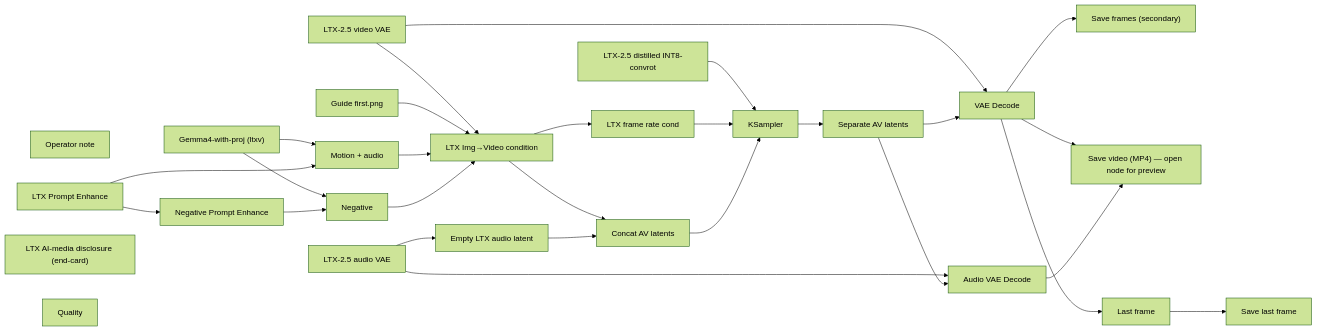
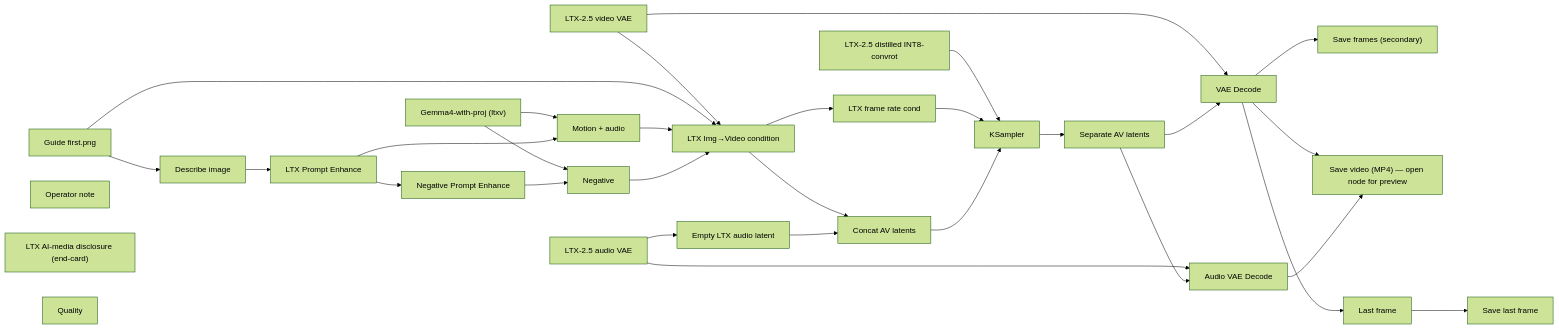
The diagram in docs/generated/workflows/dcc/canny-control-12s.md (toxicoder/ez-comfy-stack), drawn with Mermaid (forest theme) before and after one commit. The commit also changed other lines of this file and 405 other files, not shown here.

````diff
--- a/docs/generated/workflows/dcc/canny-control-12s.md
+++ b/docs/generated/workflows/dcc/canny-control-12s.md
@@ -65,53 +65,56 @@
 ```mermaid
 flowchart LR
   N1["LTX-2.5 distilled INT8-convrot"]
   N2["LTX-2.5 video VAE"]
   N3["Gemma4-with-proj (ltxv)"]
   N4["Guide first.png"]
   N5["Motion + audio"]
   N6["Negative"]
   N7["LTX Img→Video condition"]
   N8["LTX frame rate cond"]
   N9["KSampler"]
   N10["VAE Decode"]
   N12["Save frames (secondary)"]
   N13["LTX-2.5 audio VAE"]
   N14["Empty LTX audio latent"]
   N15["Concat AV latents"]
   N16["Separate AV latents"]
   N17["Operator note"]
   N18["Save video (MP4) — open node for preview"]
   N19["Last frame"]
   N20["Save last frame"]
   N21["LTX Prompt Enhance"]
   N22["Audio VAE Decode"]
   N23["LTX AI-media disclosure (end-card)"]
   N24["Negative Prompt Enhance"]
   N25["Quality"]
+  N26["Describe image"]
   N1 --> N9
   N2 --> N7
   N2 --> N10
   N3 --> N5
   N3 --> N6
   N4 --> N7
+  N4 --> N26
   N5 --> N7
   N6 --> N7
   N7 --> N8
   N7 --> N15
   N8 --> N9
   N9 --> N16
   N10 --> N12
   N10 --> N18
   N10 --> N19
   N13 --> N14
   N13 --> N22
   N14 --> N15
   N15 --> N9
   N16 --> N10
   N16 --> N22
   N19 --> N20
   N21 --> N5
   N21 --> N24
   N22 --> N18
   N24 --> N6
+  N26 --> N21
 ```
````
